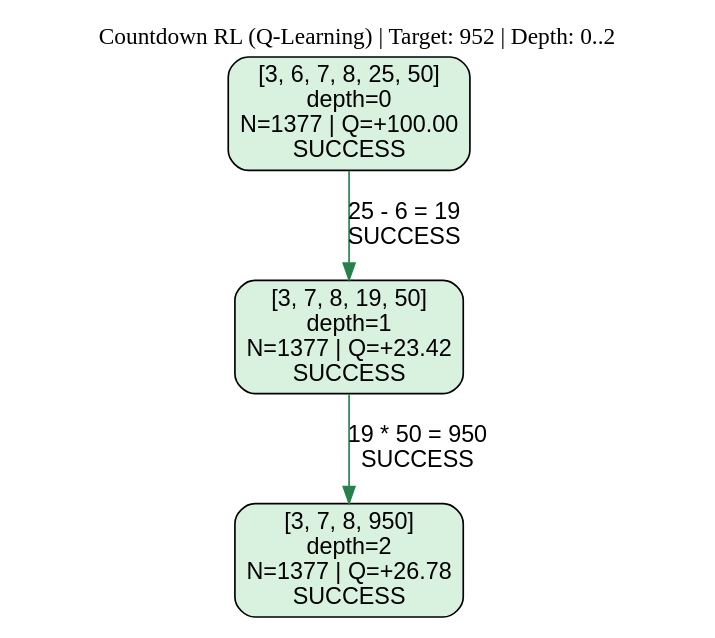
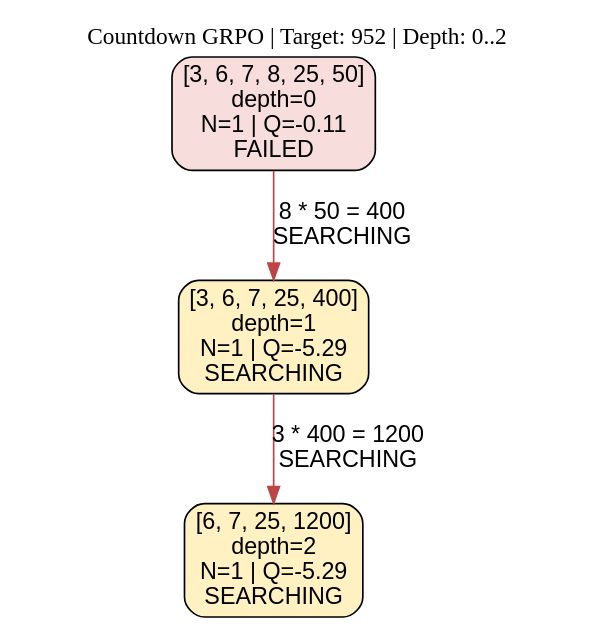
One commit to Stung1406/CD changed the diagram in tree.dot. Above: the diagram before and after it, drawn with Graphviz. The commit also changed 7 other files, not shown here.

```diff
--- a/tree.dot
+++ b/tree.dot
@@ -1,10 +1,10 @@
 digraph CountdownRL {
-    graph [rankdir="TB", ordering="out", labelloc="t", label="Countdown RL (Q-Learning) | Target: 952 | Depth: 0..2"];
+    graph [rankdir="TB", ordering="out", labelloc="t", label="Countdown GRPO | Target: 952 | Depth: 0..2"];
     node [shape="box", style="rounded,filled", fontname="Arial"];
     edge [fontname="Arial"];
-    n0 [label="[3, 6, 7, 8, 25, 50]\ndepth=0\nN=1377 | Q=+100.00\nSUCCESS", fillcolor="#d9f2df"];
-    n1 [label="[3, 7, 8, 19, 50]\ndepth=1\nN=1377 | Q=+23.42\nSUCCESS", fillcolor="#d9f2df"];
-    n2 [label="[3, 7, 8, 950]\ndepth=2\nN=1377 | Q=+26.78\nSUCCESS", fillcolor="#d9f2df"];
-    n0 -> n1 [label="25 - 6 = 19\nSUCCESS", color="#25824b"];
-    n1 -> n2 [label="19 * 50 = 950\nSUCCESS", color="#25824b"];
+    n0 [label="[3, 6, 7, 8, 25, 50]\ndepth=0\nN=1 | Q=-0.11\nFAILED", fillcolor="#f8dddd"];
+    n1 [label="[3, 6, 7, 25, 400]\ndepth=1\nN=1 | Q=-5.29\nSEARCHING", fillcolor="#fff1c2"];
+    n2 [label="[6, 7, 25, 1200]\ndepth=2\nN=1 | Q=-5.29\nSEARCHING", fillcolor="#fff1c2"];
+    n0 -> n1 [label="8 * 50 = 400\nSEARCHING", color="#bd4545"];
+    n1 -> n2 [label="3 * 400 = 1200\nSEARCHING", color="#bd4545"];
 }
```
